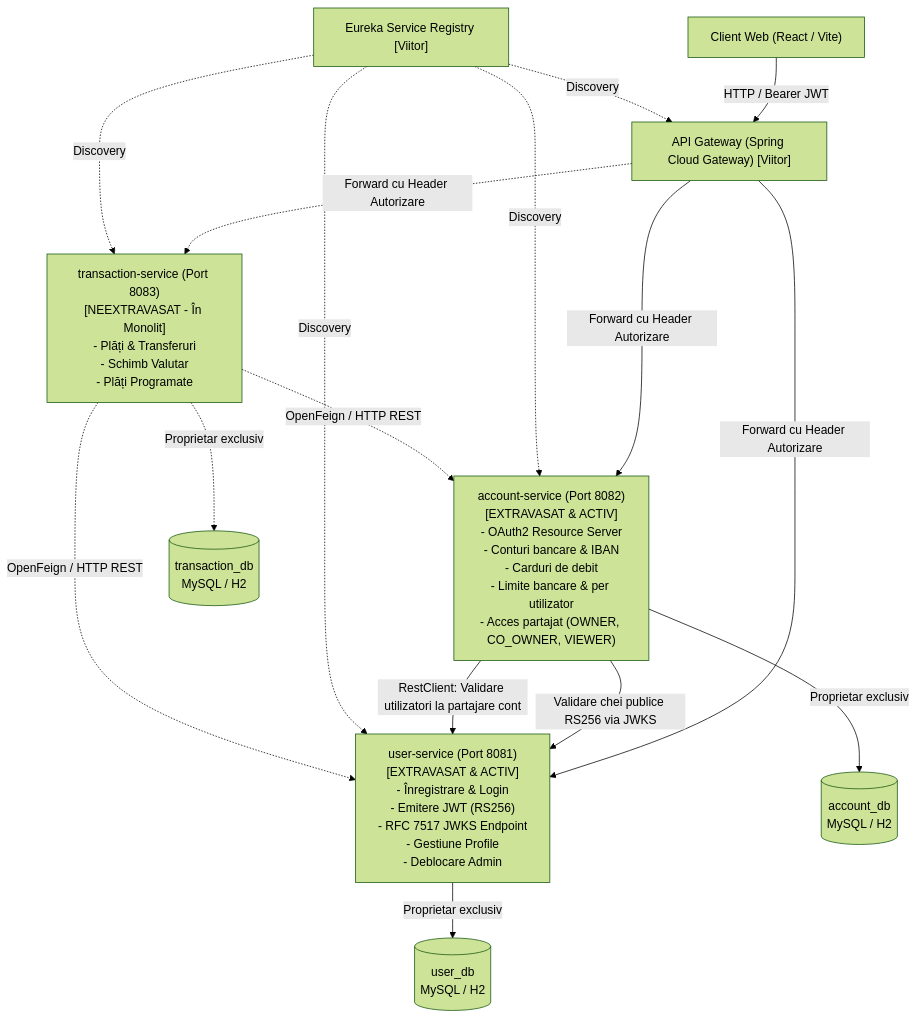
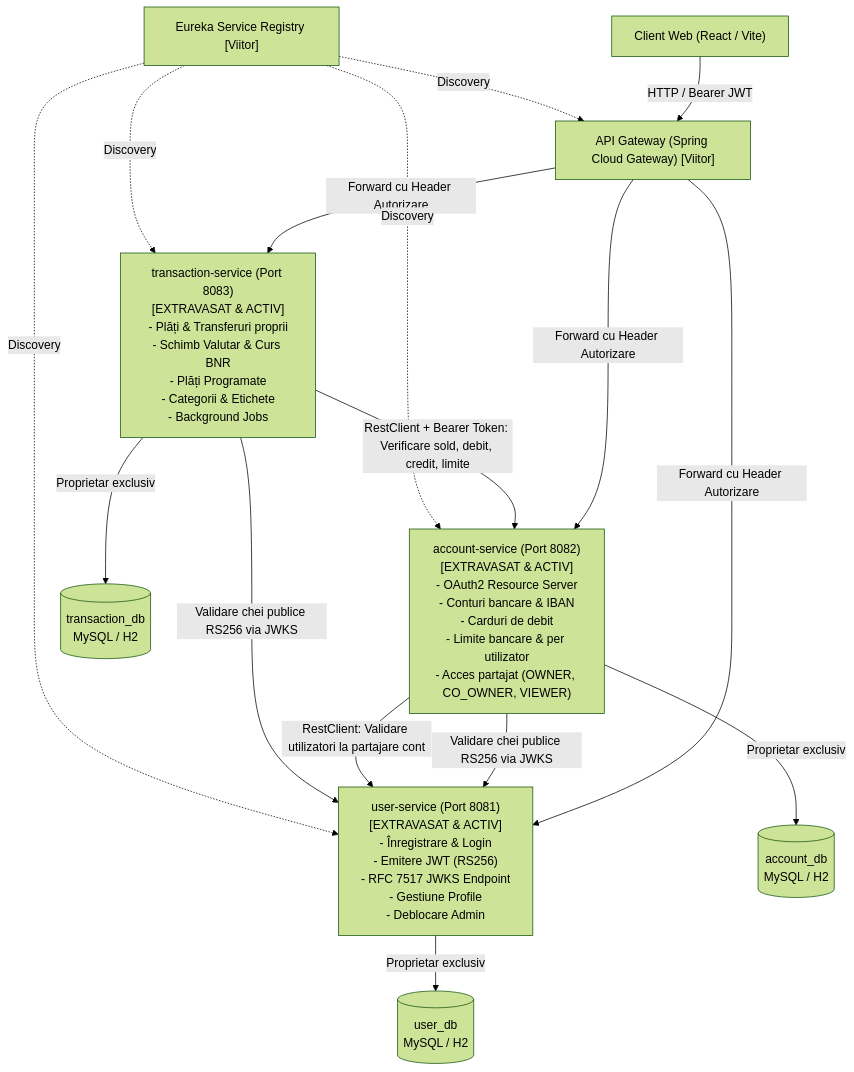
The diagram in docs/microservices-architecture.md (AlexBuzz73/ProiectAWBD), drawn with Mermaid (forest theme) before and after one commit. The commit also changed other lines of this file and 60 other files, not shown here.

Commit message:
feat(transaction-service): extract independent transaction-service microservice on port 8083

````diff
--- a/docs/microservices-architecture.md
+++ b/docs/microservices-architecture.md
@@ -22,23 +22,44 @@
 ```mermaid
 graph TD
     Client["Client Web (React / Vite)"] -->|HTTP / Bearer JWT| Gateway["API Gateway (Spring Cloud Gateway) [Viitor]"]
     
-    Gateway -->|Forward cu Header Autorizare| UserService["user-service (Port 8081)\n[EXTRAVASAT & ACTIV]\n- Înregistrare & Login\n- Emitere JWT (RS256)\n- RFC 7517 JWKS Endpoint\n- Gestiune Profile\n- Deblocare Admin"]
-    Gateway -->|Forward cu Header Autorizare| AccountService["account-service (Port 8082)\n[EXTRAVASAT & ACTIV]\n- OAuth2 Resource Server\n- Conturi bancare & IBAN\n- Carduri de debit\n- Limite bancare & per utilizator\n- Acces partajat (OWNER, CO_OWNER, VIEWER)"]
-    Gateway -.->|Forward cu Header Autorizare| TransactionService["transaction-service (Port 8083)\n[NEEXTRAVASAT - În Monolit]\n- Plăți & Transferuri\n- Schimb Valutar\n- Plăți Programate"]
+    Gateway -->|Forward cu Header Autorizare| UserService["user-service (Port 8081)
+[EXTRAVASAT & ACTIV]
+- Înregistrare & Login
+- Emitere JWT (RS256)
+- RFC 7517 JWKS Endpoint
+- Gestiune Profile
+- Deblocare Admin"]
+    Gateway -->|Forward cu Header Autorizare| AccountService["account-service (Port 8082)
+[EXTRAVASAT & ACTIV]
+- OAuth2 Resource Server
+- Conturi bancare & IBAN
+- Carduri de debit
+- Limite bancare & per utilizator
+- Acces partajat (OWNER, CO_OWNER, VIEWER)"]
+    Gateway -->|Forward cu Header Autorizare| TransactionService["transaction-service (Port 8083)
+[EXTRAVASAT & ACTIV]
+- Plăți & Transferuri proprii
+- Schimb Valutar & Curs BNR
+- Plăți Programate
+- Categorii & Etichete
+- Background Jobs"]
 
-    UserService -->|Proprietar exclusiv| UserDB[(user_db\nMySQL / H2)]
-    AccountService -->|Proprietar exclusiv| AccountDB[(account_db\nMySQL / H2)]
-    TransactionService -.->|Proprietar exclusiv| TransactionDB[(transaction_db\nMySQL / H2)]
+    UserService -->|Proprietar exclusiv| UserDB[(user_db
+MySQL / H2)]
+    AccountService -->|Proprietar exclusiv| AccountDB[(account_db
+MySQL / H2)]
+    TransactionService -->|Proprietar exclusiv| TransactionDB[(transaction_db
+MySQL / H2)]
 
     AccountService -->|Validare chei publice RS256 via JWKS| UserService
     AccountService -->|RestClient: Validare utilizatori la partajare cont| UserService
+
+    TransactionService -->|Validare chei publice RS256 via JWKS| UserService
+    TransactionService -->|RestClient + Bearer Token: Verificare sold, debit, credit, limite| AccountService
 
     Eureka["Eureka Service Registry [Viitor]"] -.->|Discovery| UserService
     Eureka -.->|Discovery| AccountService
     Eureka -.->|Discovery| TransactionService
     Eureka -.->|Discovery| Gateway
-
-    TransactionService -.->|OpenFeign / HTTP REST| UserService
-    TransactionService -.->|OpenFeign / HTTP REST| AccountService
 ```
````
